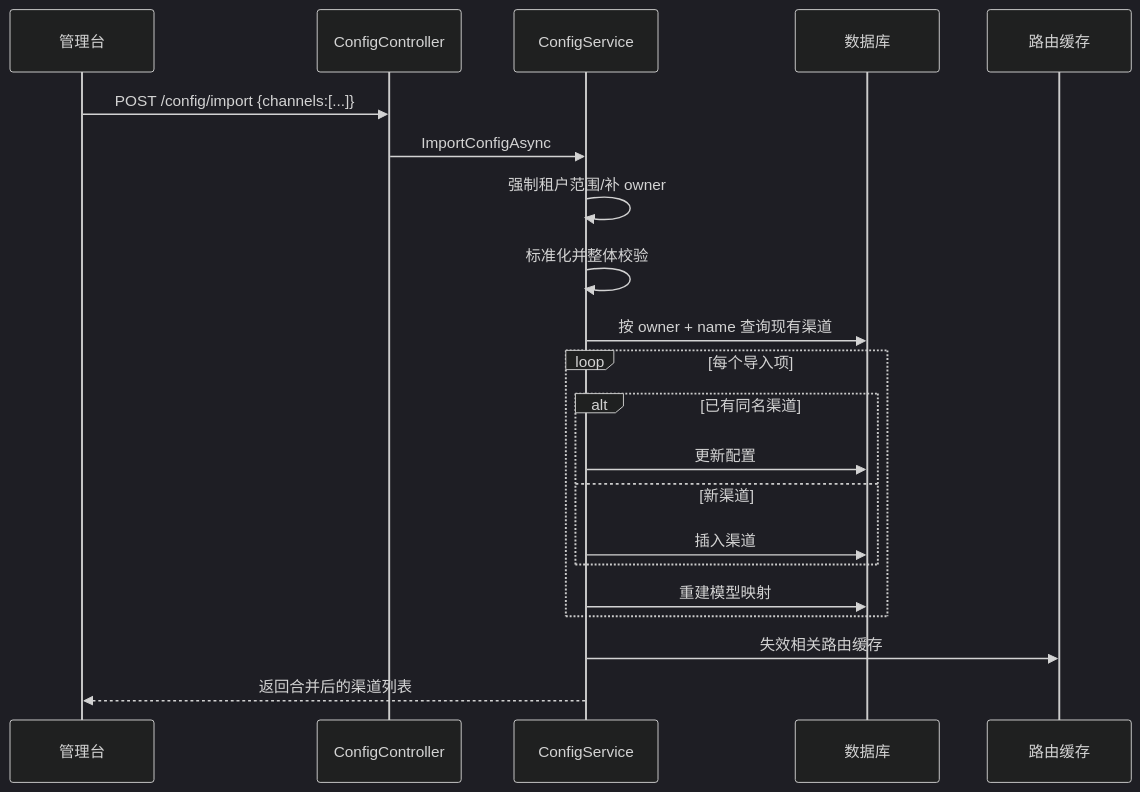
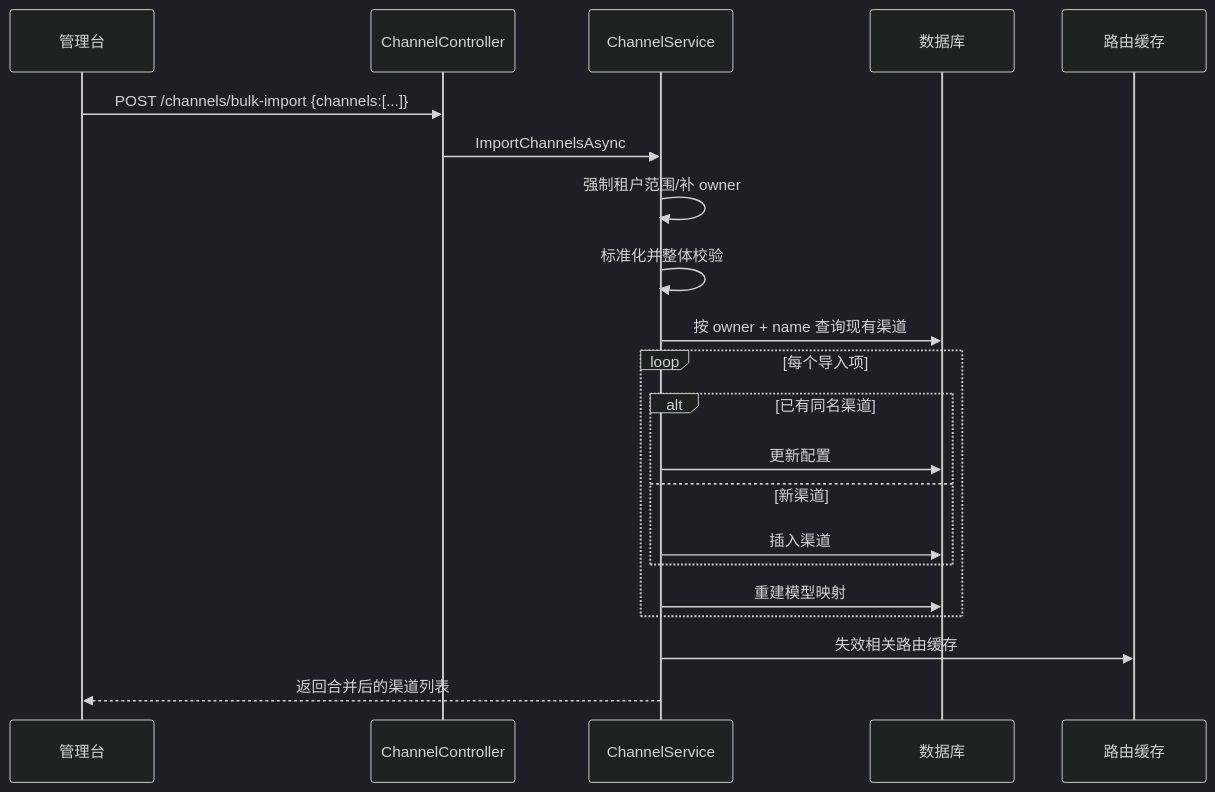
Before and after one commit to shL1481558059/OpenCodex: the third of 3 diagrams in prd/06-channel-management.md, drawn with Mermaid (dark theme). The commit also changed other lines of this file and 39 other files, not shown here.

First line of the commit message:
refactor(channel): Config 全面重命名为 Channel 并修复管理台 UI 测试问题

````diff
--- a/prd/06-channel-management.md
+++ b/prd/06-channel-management.md
@@ -300,24 +300,24 @@
 ```mermaid
 sequenceDiagram
     participant UI as 管理台
-    participant API as ConfigController
-    participant SVC as ConfigService
+    participant API as ChannelController
+    participant SVC as ChannelService
     participant DB as 数据库
     participant CACHE as 路由缓存
 
-    UI->>API: POST /config/import {channels:[...]}
-    API->>SVC: ImportConfigAsync
+    UI->>API: POST /channels/bulk-import {channels:[...]}
+    API->>SVC: ImportChannelsAsync
     SVC->>SVC: 强制租户范围/补 owner
     SVC->>SVC: 标准化并整体校验
     SVC->>DB: 按 owner + name 查询现有渠道
     loop 每个导入项
         alt 已有同名渠道
             SVC->>DB: 更新配置
         else 新渠道
             SVC->>DB: 插入渠道
         end
         SVC->>DB: 重建模型映射
     end
     SVC->>CACHE: 失效相关路由缓存
     SVC-->>UI: 返回合并后的渠道列表
 ```
````
